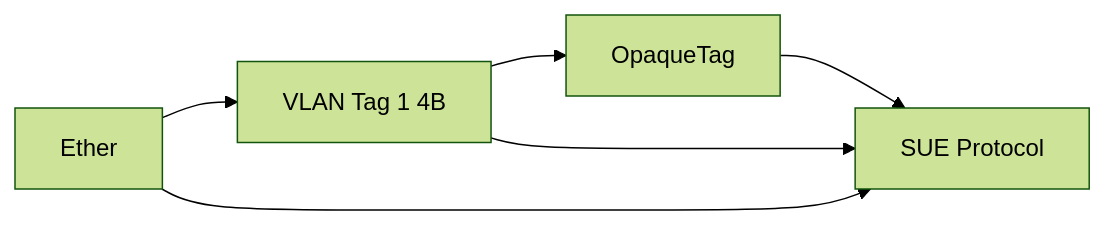
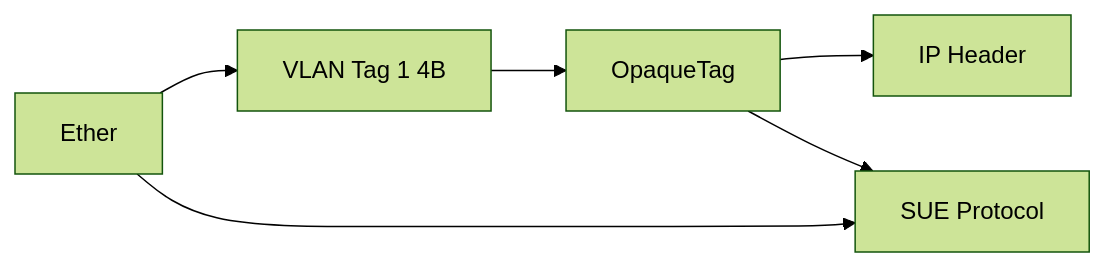
Before and after one commit to RuyeeAI/HardwareDesign: the second of 6 diagrams in docs/PreParser.md, drawn with Mermaid (forest theme). The commit also changed other lines of this file, not shown here.

First line of the commit message:
Update PreParser.md: add IP path after OpaqueTag

````diff
--- a/docs/PreParser.md
+++ b/docs/PreParser.md
@@ -71,8 +71,8 @@
 ```mermaid
 flowchart LR
     Ether --> VLAN1[VLAN Tag 1 4B]
     VLAN1 --> OpaqueTag[OpaqueTag]
+    OpaqueTag --> IP[IP Header]
     OpaqueTag --> SUE[SUE Protocol]
     Ether --> SUE
-    VLAN1 --> SUE
 ```
````
